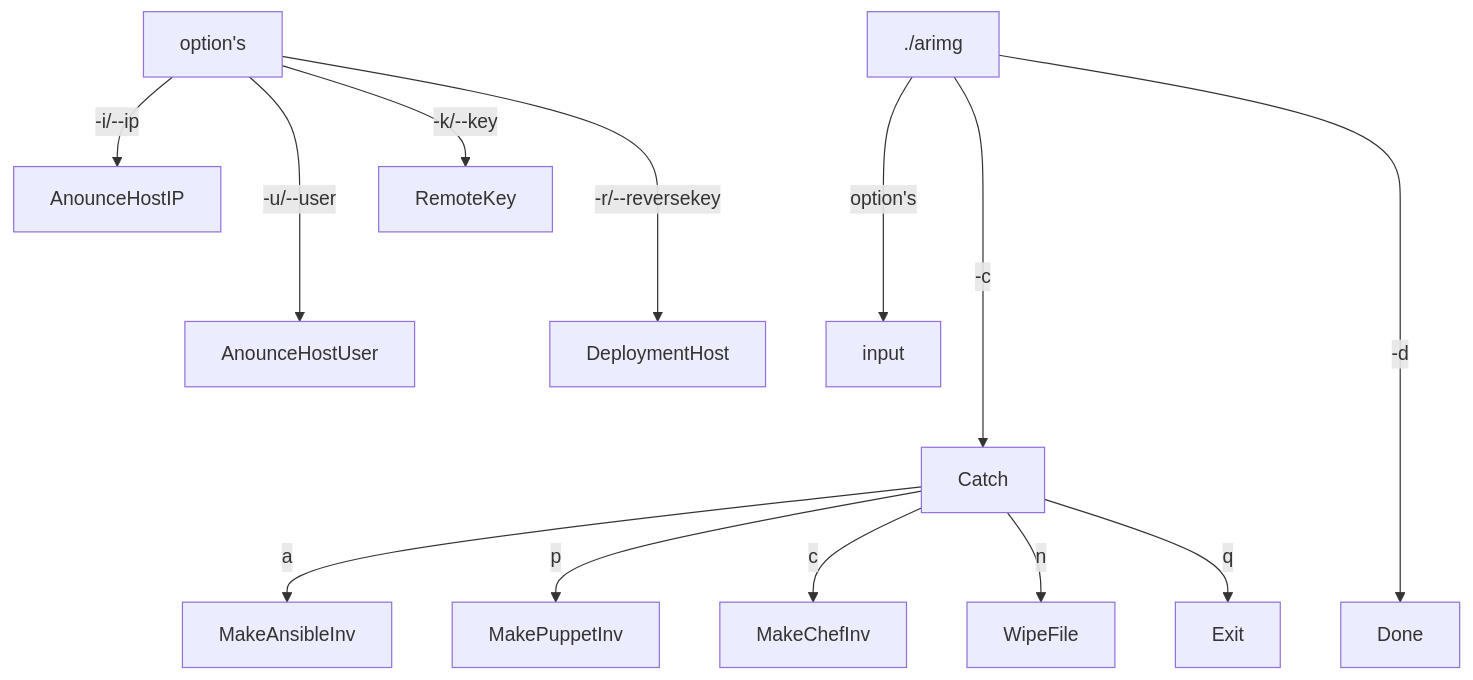
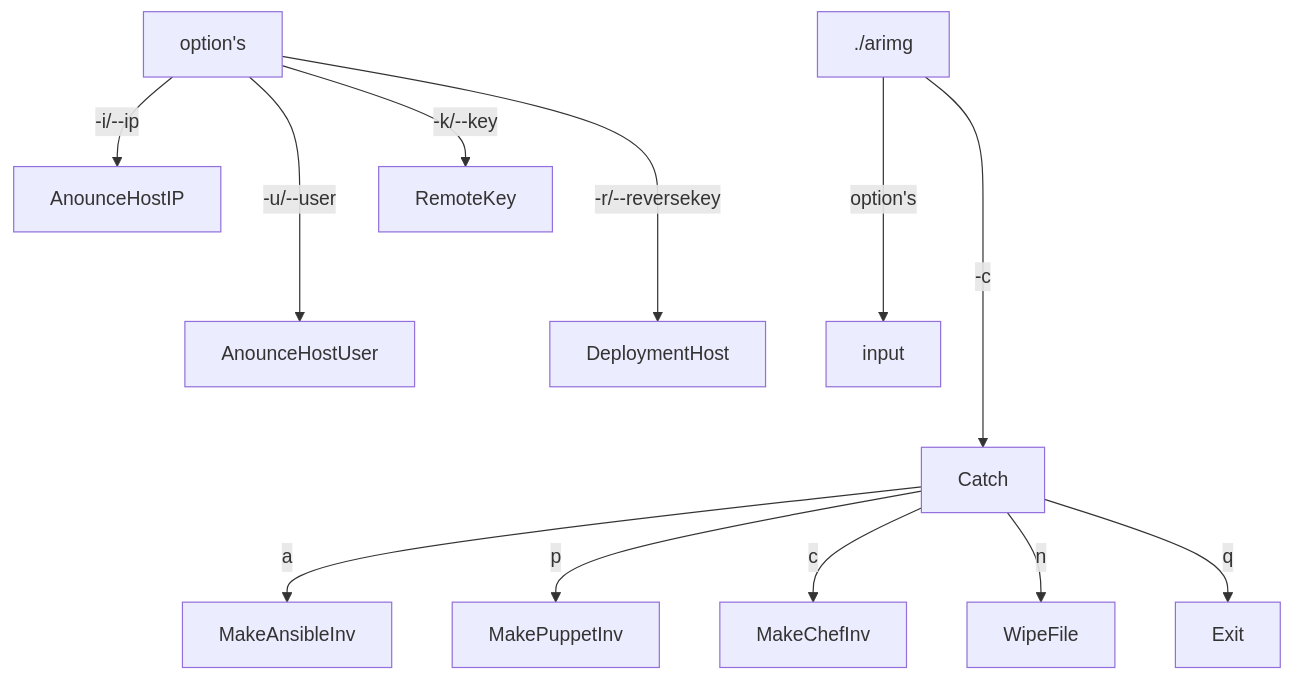
One commit to swaaws/ARiMg changed the first of 3 diagrams in chart.md. Above: the diagram before and after it, drawn with Mermaid. The commit also changed other lines of this file and 2 other files, not shown here.

Commit message:
remove done

````diff
--- a/chart.md
+++ b/chart.md
@@ -3,20 +3,16 @@
 ```mermaid
 graph TD;
   ./arimg--->|option's|input
   ./arimg---->|-c|Catch;
-  ./arimg----->|-d|Done;
-
 
   Catch-->|a|MakeAnsibleInv;
   Catch-->|p|MakePuppetInv;
   Catch-->|c|MakeChefInv;
   Catch-->|n|WipeFile;
   Catch-->|q|Exit;
 
-
-
   option's-->|-i/--ip|AnounceHostIP
   option's--->|-u/--user|AnounceHostUser
   option's-->|-k/--key|RemoteKey
   option's--->|-r/--reversekey|DeploymentHost
 ```
````
